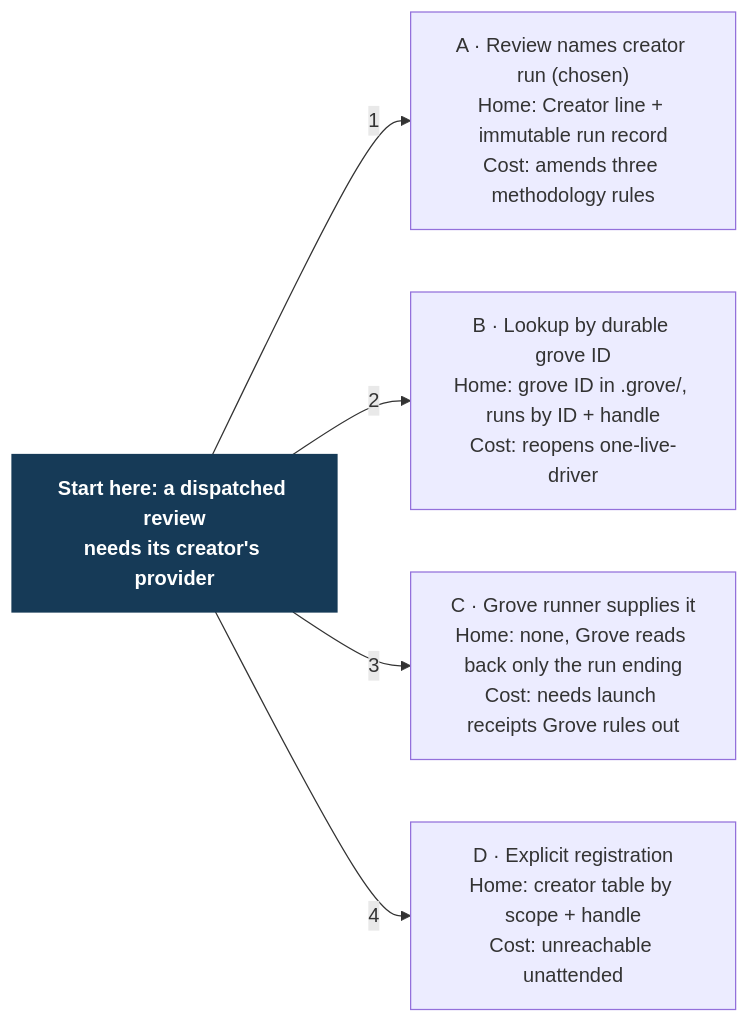
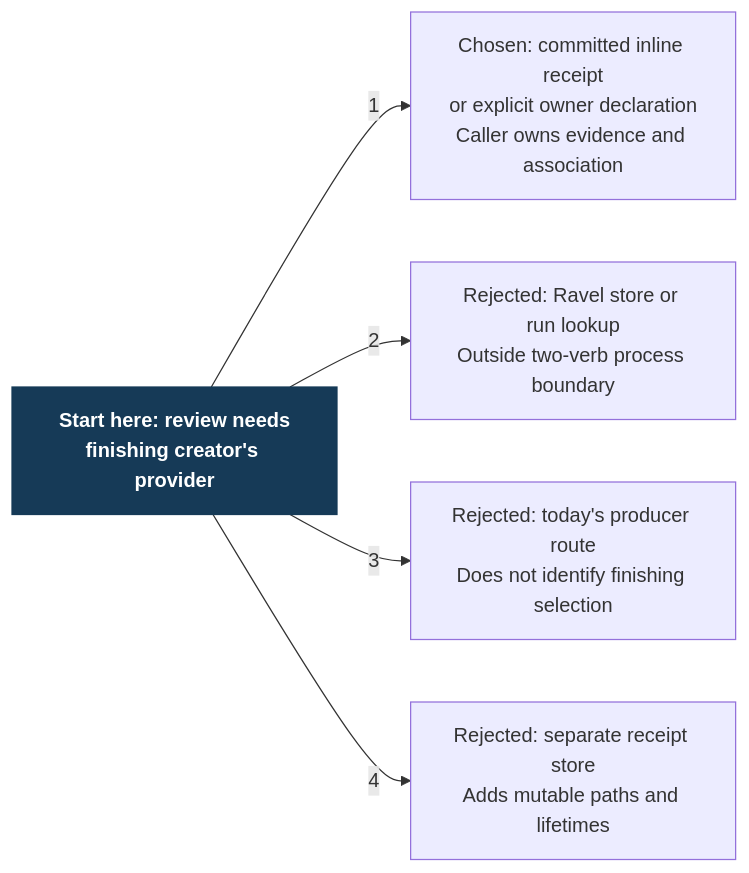
Before and after one commit to Linkuistics/grove: the diagram in docs/design/harness-selection-and-execution/creator-options.mmd, drawn with Mermaid. The commit also changed 18 other files, not shown here.

Commit message:
grove-ravel-caller-views-k56: reconcile caller spec and views; decompose grove-ravel-docs-k12

```diff
--- a/docs/design/harness-selection-and-execution/creator-options.mmd
+++ b/docs/design/harness-selection-and-execution/creator-options.mmd
@@ -1,11 +1,17 @@
 flowchart LR
-  Q["Start here: a dispatched review\nneeds its creator's provider"]:::start
-  A["A · Review names creator run (chosen)\nHome: Creator line + immutable run record\nCost: amends three methodology rules"]
-  B["B · Lookup by durable grove ID\nHome: grove ID in .grove/, runs by ID + handle\nCost: reopens one-live-driver"]
-  C["C · Grove runner supplies it\nHome: none, Grove reads back only the run ending\nCost: needs launch receipts Grove rules out"]
-  D["D · Explicit registration\nHome: creator table by scope + handle\nCost: unreachable unattended"]
+  Q["Start here: review needs
+finishing creator's provider"]:::start
+  A["Chosen: committed inline receipt
+or explicit owner declaration
+Caller owns evidence and association"]
+  B["Rejected: Ravel store or run lookup
+Outside two-verb process boundary"]
+  C["Rejected: today's producer route
+Does not identify finishing selection"]
+  D["Rejected: separate receipt store
+Adds mutable paths and lifetimes"]
   Q -->|"1"| A
   Q -->|"2"| B
   Q -->|"3"| C
   Q -->|"4"| D
   classDef start fill:#163a57,color:#fff,stroke:#163a57,font-weight:bold
```
